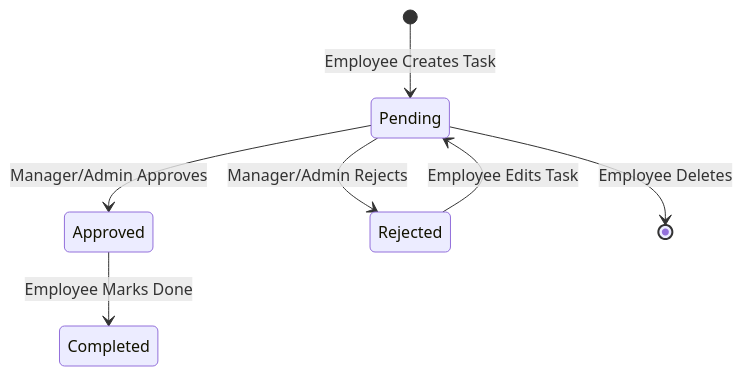
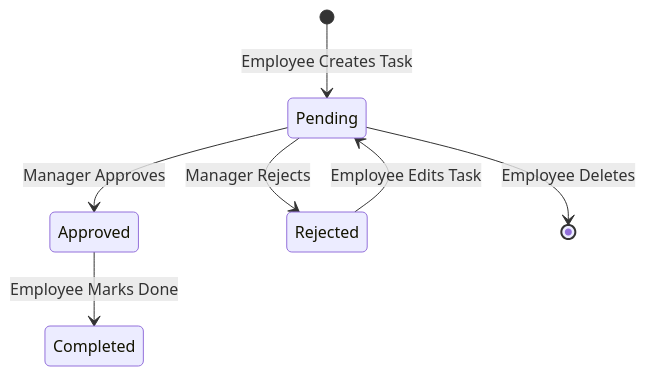
Before and after one commit to rakeshPatel-Dev/ThumbsUp: the diagram in Docs/FEATURE_TICKET.md, drawn with Mermaid. The commit also changed other lines of this file and 4 other files, not shown here.

````diff
--- a/Docs/FEATURE_TICKET.md
+++ b/Docs/FEATURE_TICKET.md
@@ -30,9 +29,9 @@
 ```mermaid
 stateDiagram-v2
     [*] --> Pending : Employee Creates Task
-    Pending --> Approved : Manager/Admin Approves
-    Pending --> Rejected : Manager/Admin Rejects
+    Pending --> Approved : Manager Approves
+    Pending --> Rejected : Manager Rejects
     Pending --> [*] : Employee Deletes
     Approved --> Completed : Employee Marks Done
     Rejected --> Pending : Employee Edits Task
 ```
````
